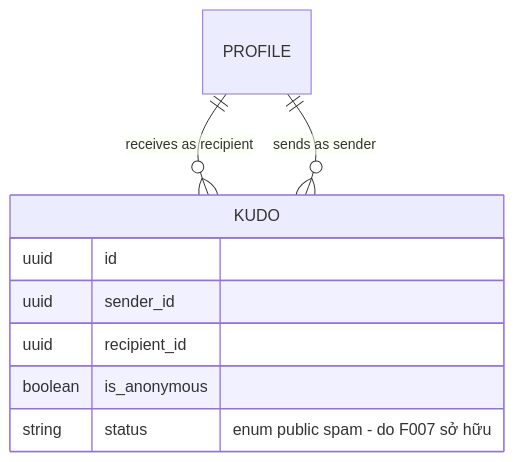
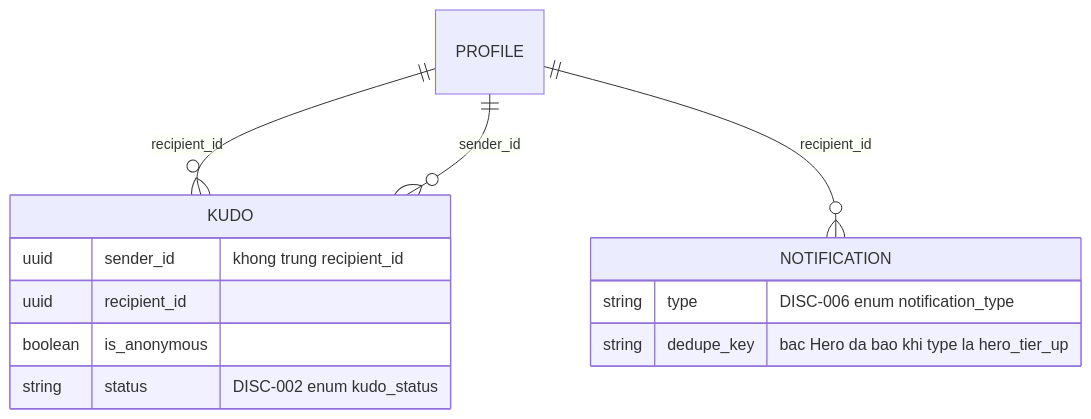
Before and after one commit to hailv-3571/agentic-coding-hands-on: the third of 4 diagrams in docs/features/F009_HeroBadges/technical-spec.md, drawn with Mermaid. The commit also changed other lines of this file and 250 other files, not shown here.

````diff
--- a/docs/features/F009_HeroBadges/technical-spec.md
+++ b/docs/features/F009_HeroBadges/technical-spec.md
@@ -144,12 +216,16 @@
 ```mermaid
 erDiagram
-    PROFILE ||--o{ KUDO : "receives as recipient"
-    PROFILE ||--o{ KUDO : "sends as sender"
+    PROFILE ||--o{ KUDO : "recipient_id"
+    PROFILE ||--o{ KUDO : "sender_id"
+    PROFILE ||--o{ NOTIFICATION : "recipient_id"
     KUDO {
-        uuid id
-        uuid sender_id
+        uuid sender_id "khong trung recipient_id"
         uuid recipient_id
         boolean is_anonymous
-        string status "enum public spam - do F007 sở hữu"
+        string status "DISC-002 enum kudo_status"
+    }
+    NOTIFICATION {
+        string type "DISC-006 enum notification_type"
+        string dedupe_key "bac Hero da bao khi type la hero_tier_up"
     }
 ```
````
